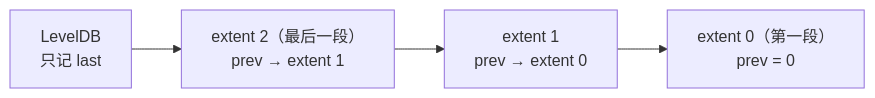
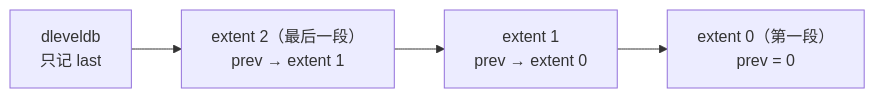
One commit to zhangxinlong633/s3dfs changed the diagram in docs/design-large-object.md. Above: the diagram before and after it, drawn with Mermaid. The commit also changed other lines of this file and 126 other files, not shown here.

````diff
--- a/docs/design-large-object.md
+++ b/docs/design-large-object.md
@@ -17,6 +17,6 @@
 ```mermaid
 flowchart LR
-  idx["LevelDB<br/>只记 last"] --> e3["extent 2（最后一段）<br/>prev → extent 1"]
+  idx["dleveldb<br/>只记 last"] --> e3["extent 2（最后一段）<br/>prev → extent 1"]
   e3 --> e2["extent 1<br/>prev → extent 0"]
   e2 --> e1["extent 0（第一段）<br/>prev = 0"]
 ```
````
